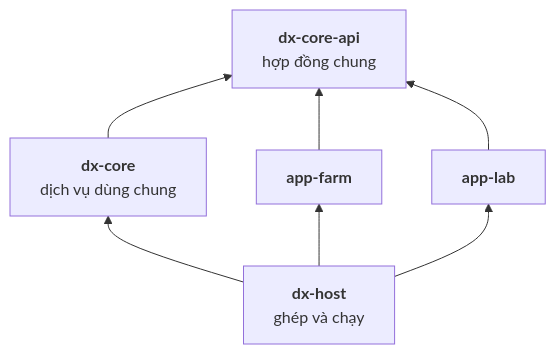
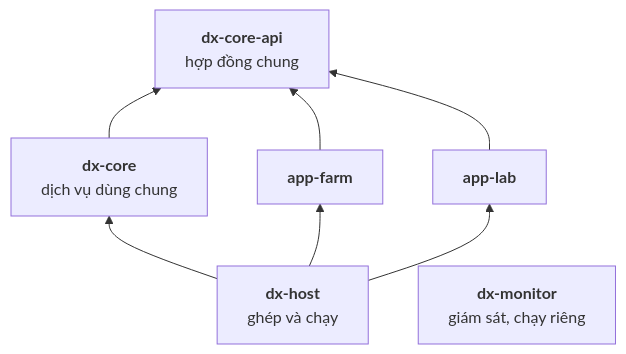
Before and after one commit to HaUI-ImplSolution/DX-OS: the first of 3 diagrams in ARCHITECTURE.md, drawn with Mermaid. The commit also changed other lines of this file and 11 other files, not shown here.

````diff
--- a/ARCHITECTURE.md
+++ b/ARCHITECTURE.md
@@ -47,15 +48,16 @@
 ```mermaid
 flowchart BT
   api["<b>dx-core-api</b><br/>hợp đồng chung"]
   core["<b>dx-core</b><br/>dịch vụ dùng chung"]
   farm["<b>app-farm</b>"]
   lab["<b>app-lab</b>"]
   host["<b>dx-host</b><br/>ghép và chạy"]
+  monitor["<b>dx-monitor</b><br/>giám sát, chạy riêng"]
 
   core --> api
   farm --> api
   lab --> api
   host --> core
   host --> farm
   host --> lab
 ```
````
